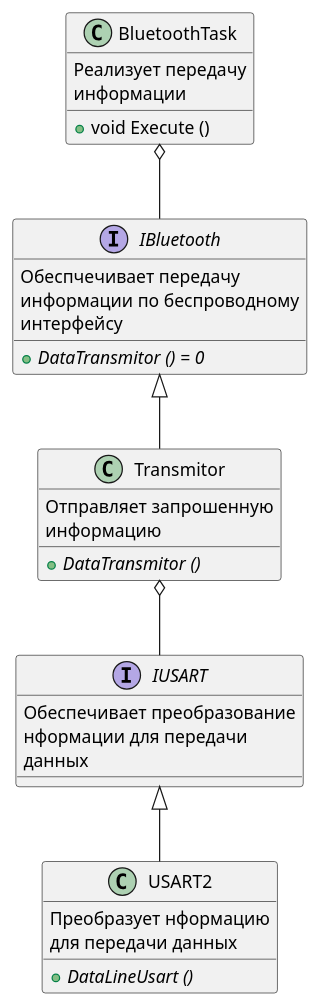
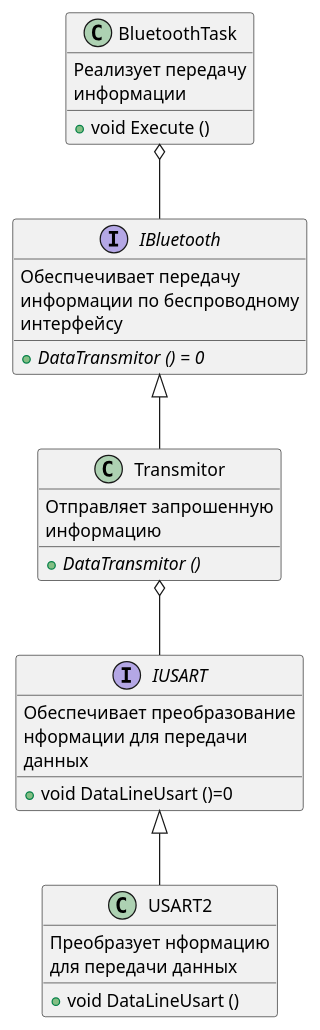
One commit to Luda-Seliv-KE-413/Kursovoy changed the diagram in DOC/UMLTransmitor.puml. Above: the diagram before and after it, drawn with PlantUML. The commit also changed 58 other files, not shown here.

```diff
--- a/DOC/UMLTransmitor.puml
+++ b/DOC/UMLTransmitor.puml
@@ -1,52 +1,54 @@
 @startuml Transmitor
 
 class BluetoothTask
 {
 Реализует передачу
 информации
 
 + void Execute ()
 }
 
 class Transmitor
 {
 Отправляет запрошенную
 информацию
 
 + {abstract} DataTransmitor ()
 }
 
 interface IBluetooth
 {
 Обеспчечивает передачу
 информации по беспроводному
 интерфейсу
 
 + {abstract} DataTransmitor () = 0
 }
 
 
 BluetoothTask o-- IBluetooth
 Transmitor -up-|> IBluetooth
 
 
 class USART2
 {
     Преобразует нформацию
     для передачи данных
     
-    + {abstract} DataLineUsart ()
+    + void DataLineUsart ()
 }
 
 interface IUSART
 {
     Обеспечивает преобразование 
     нформации для передачи 
     данных
+
+    + void DataLineUsart ()=0
 }
 
 
 IUSART -up-o Transmitor
 USART2 -up-|> IUSART
 
 @enduml
```
